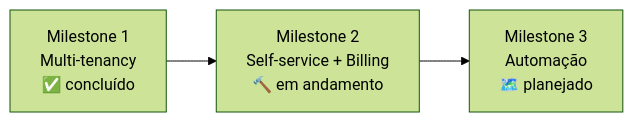
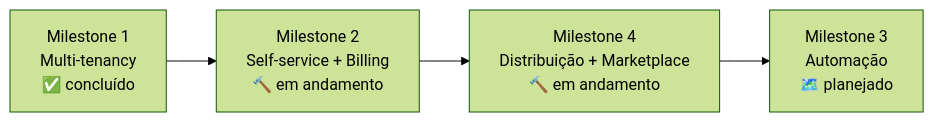
One commit to Synqo-Servicos/AutoStand changed the diagram in docs/Roadmap.md. Above: the diagram before and after it, drawn with Mermaid (forest theme). The commit also changed other lines of this file and 7 other files, not shown here.

First line of the commit message:
docs: registra o Milestone 4 — Distribuição & Marketplace

````diff
--- a/docs/Roadmap.md
+++ b/docs/Roadmap.md
@@ -30,6 +30,7 @@
 ```mermaid
 graph LR
     M1[Milestone 1<br/>Multi-tenancy<br/>✅ concluído] --> M2[Milestone 2<br/>Self-service + Billing<br/>🔨 em andamento]
-    M2 --> M3[Milestone 3<br/>Automação<br/>🗺️ planejado]
-    class M1,M2,M3 internal-link;
+    M2 --> M4[Milestone 4<br/>Distribuição + Marketplace<br/>🔨 em andamento]
+    M4 --> M3[Milestone 3<br/>Automação<br/>🗺️ planejado]
+    class M1,M2,M3,M4 internal-link;
 ```
````
